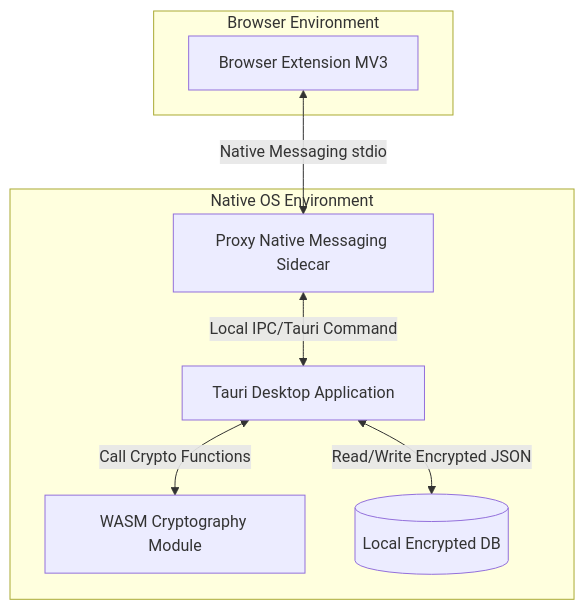
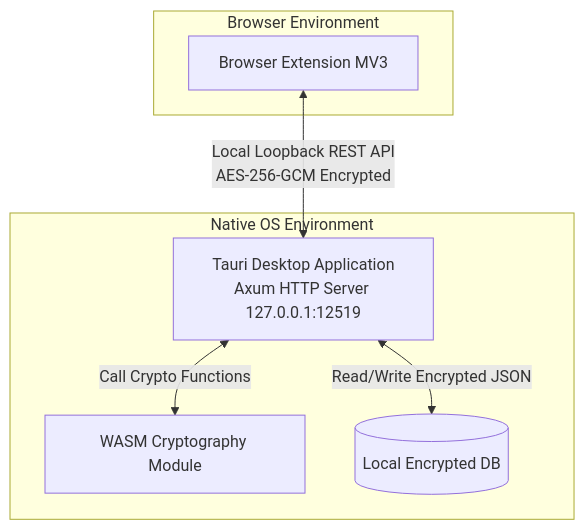
The diagram in docs/02. SRS - System Requirements Specification.md (haiphamngoc-dev/secure-vault-manager), drawn with Mermaid before and after one commit. The commit also changed other lines of this file and 4 other files, not shown here.

First line of the commit message:
docs: update documentation and release workflow for local REST API architecture

````diff
--- a/docs/02. SRS - System Requirements Specification.md
+++ b/docs/02. SRS - System Requirements Specification.md
@@ -37,18 +36,16 @@
 ```mermaid
 graph TD
     subgraph Browser_Context [Browser Environment]
         Ext[Browser Extension MV3]
     end
 
     subgraph Native_OS_Context [Native OS Environment]
-        Proxy[Proxy Native Messaging Sidecar]
-        App[Tauri Desktop Application]
+        App[Tauri Desktop Application<br/>Axum HTTP Server 127.0.0.1:12519]
         Wasm[WASM Cryptography Module]
         Db[(Local Encrypted DB)]
     end
 
-    Ext <-->|Native Messaging stdio| Proxy
-    Proxy <-->|Local IPC/Tauri Command| App
+    Ext <-->|Local Loopback REST API<br/>AES-256-GCM Encrypted| App
     App <-->|Call Crypto Functions| Wasm
     App <-->|Read/Write Encrypted JSON| Db
 ```
````
